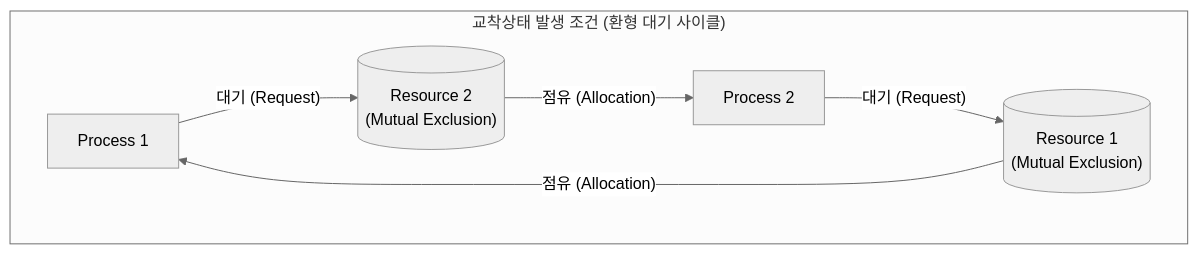
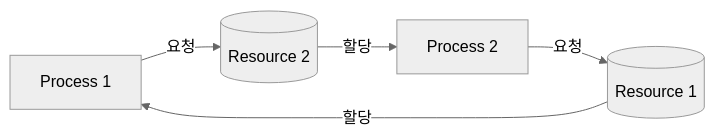
The diagram in content/01_IT Tech/교착상태.md (supremethumb/supremethumb.github.io), drawn with Mermaid (neutral theme) before and after one commit. The commit also changed other lines of this file and 1087 other files, not shown here.

````diff
--- a/content/01_IT Tech/교착상태.md
+++ b/content/01_IT Tech/교착상태.md
@@ -23,16 +35,11 @@
 ```mermaid
 flowchart LR
-    subgraph Deadlock_Cycle["교착상태 발생 조건 (환형 대기 사이클)"]
-        direction LR
-        P1["Process 1"]
-        P2["Process 2"]
-        R1[("Resource 1<br/>(Mutual Exclusion)")]
-        R2[("Resource 2<br/>(Mutual Exclusion)")]
-
-        R1 -- "점유 (Allocation)" --> P1
-        P1 -- "대기 (Request)" --> R2
-        R2 -- "점유 (Allocation)" --> P2
-        P2 -- "대기 (Request)" --> R1
-    end
-
+    P1["Process 1"]
+    P2["Process 2"]
+    R1[("Resource 1")]
+    R2[("Resource 2")]
+    R1 -- "할당" --> P1
+    P1 -- "요청" --> R2
+    R2 -- "할당" --> P2
+    P2 -- "요청" --> R1
 ```
````
